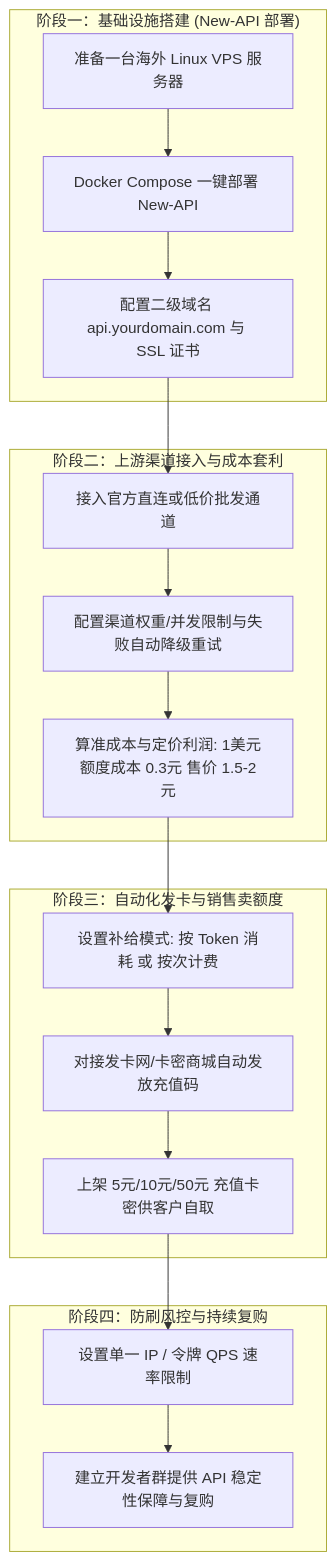
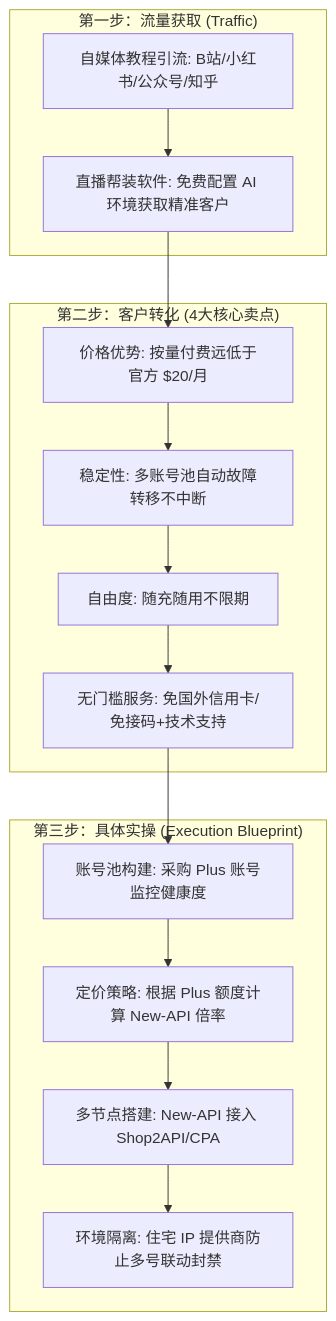
One commit to ss22219/skilldb changed the diagram in skills/sk-api-relay-monetization/SKILL.md. Above: the diagram before and after it, drawn with Mermaid. The commit also changed other lines of this file and 1 other file, not shown here.

Commit message:
refactor: refine sk-api-relay-monetization commercial logic into Traffic, Conversion, and Execution Blueprint

````diff
--- a/skills/sk-api-relay-monetization/SKILL.md
+++ b/skills/sk-api-relay-monetization/SKILL.md
@@ -16,25 +14,19 @@
 ```mermaid
 flowchart TD
-    subgraph step1 ["阶段一：基础设施搭建 (New-API 部署)"]
-        A1[准备一台海外 Linux VPS 服务器] --> A2[Docker Compose 一键部署 New-API]
-        A2 --> A3[配置二级域名 api.yourdomain.com 与 SSL 证书]
+    subgraph phase1 ["第一步：流量获取 (Traffic)"]
+        A1[自媒体教程引流: B站/小红书/公众号/知乎] --> A2[直播帮装软件: 免费配置 AI 环境获取精准客户]
     end
 
-    subgraph step2 ["阶段二：上游渠道接入与成本套利"]
-        B1[接入官方直连或低价批发通道] --> B2[配置渠道权重/并发限制与失败自动降级重试]
-        B2 --> B3[算准成本与定价利润: 1美元额度成本 0.3元 售价 1.5-2元]
+    subgraph phase2 ["第二步：客户转化 (4大核心卖点)"]
+        B1[价格优势: 按量付费远低于官方 $20/月] --> B2[稳定性: 多账号池自动故障转移不中断]
+        B2 --> B3[自由度: 随充随用不限期] --> B4[无门槛服务: 免国外信用卡/免接码+技术支持]
     end
 
-    subgraph step3 ["阶段三：自动化发卡与销售卖额度"]
-        C1[设置补给模式: 按 Token 消耗 或 按次计费] --> C2[对接发卡网/卡密商城自动发放充值码]
-        C2 --> C3[上架 5元/10元/50元 充值卡密供客户自取]
+    subgraph phase3 ["第三步：具体实操 (Execution Blueprint)"]
+        C1[账号池构建: 采购 Plus 账号监控健康度] --> C2[定价策略: 根据 Plus 额度计算 New-API 倍率]
+        C2 --> C3[多节点搭建: New-API 接入 Shop2API/CPA] --> C4[环境隔离: 住宅 IP 提供商防止多号联动封禁]
     end
 
-    subgraph step4 ["阶段四：防刷风控与持续复购"]
-        D1[设置单一 IP / 令牌 QPS 速率限制] --> D2[建立开发者群提供 API 稳定性保障与复购]
-    end
-
-    A3 --> B1
-    B3 --> C1
-    C3 --> D1
+    A2 --> B1
+    B4 --> C1
 ```
````
